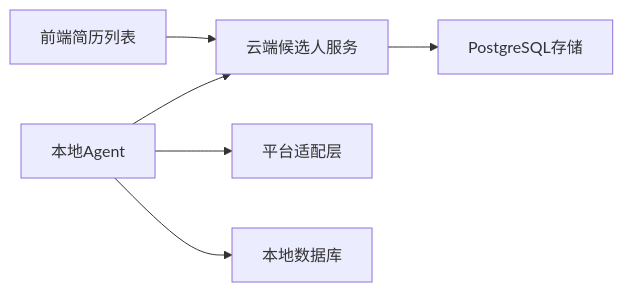
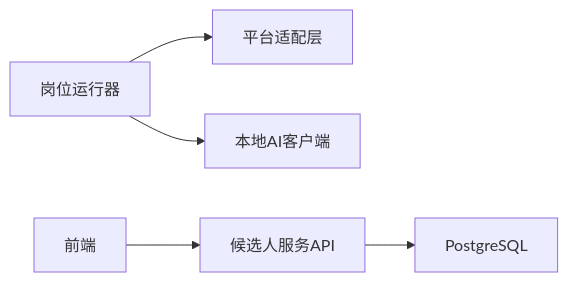
One commit to alvinwangzi/goodhr changed the tenth of 10 diagrams in .qoder/repowiki/zh/content/本地执行器/平台适配器/前程无忧适配器/候选人处理.md. Above: the diagram before and after it, drawn with Mermaid. The commit also changed other lines of this file and 149 other files, not shown here.

````diff
--- a/.qoder/repowiki/zh/content/本地执行器/平台适配器/前程无忧适配器/候选人处理.md
+++ b/.qoder/repowiki/zh/content/本地执行器/平台适配器/前程无忧适配器/候选人处理.md
@@ -282,8 +344,7 @@
 ```mermaid
 graph LR
-FE["前端简历列表"] --> API["云端候选人服务"]
-API --> PG["PostgreSQL存储"]
-AG["本地Agent"] --> PL["平台适配层"]
-AG --> LDB["本地数据库"]
-AG --> API
+PR["岗位运行器"] --> PL["平台适配层"]
+PR --> AI["本地AI客户端"]
+API["候选人服务API"] --> DB["PostgreSQL"]
+FE["前端"] --> API
 ```
````
